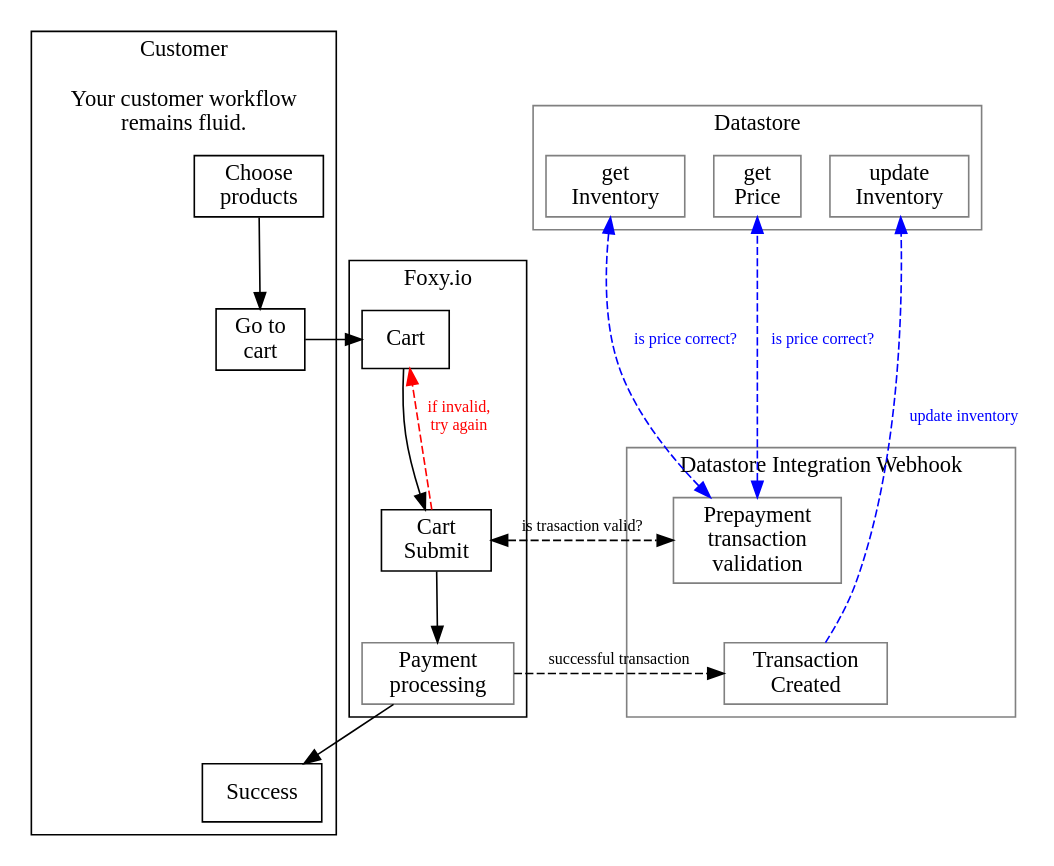
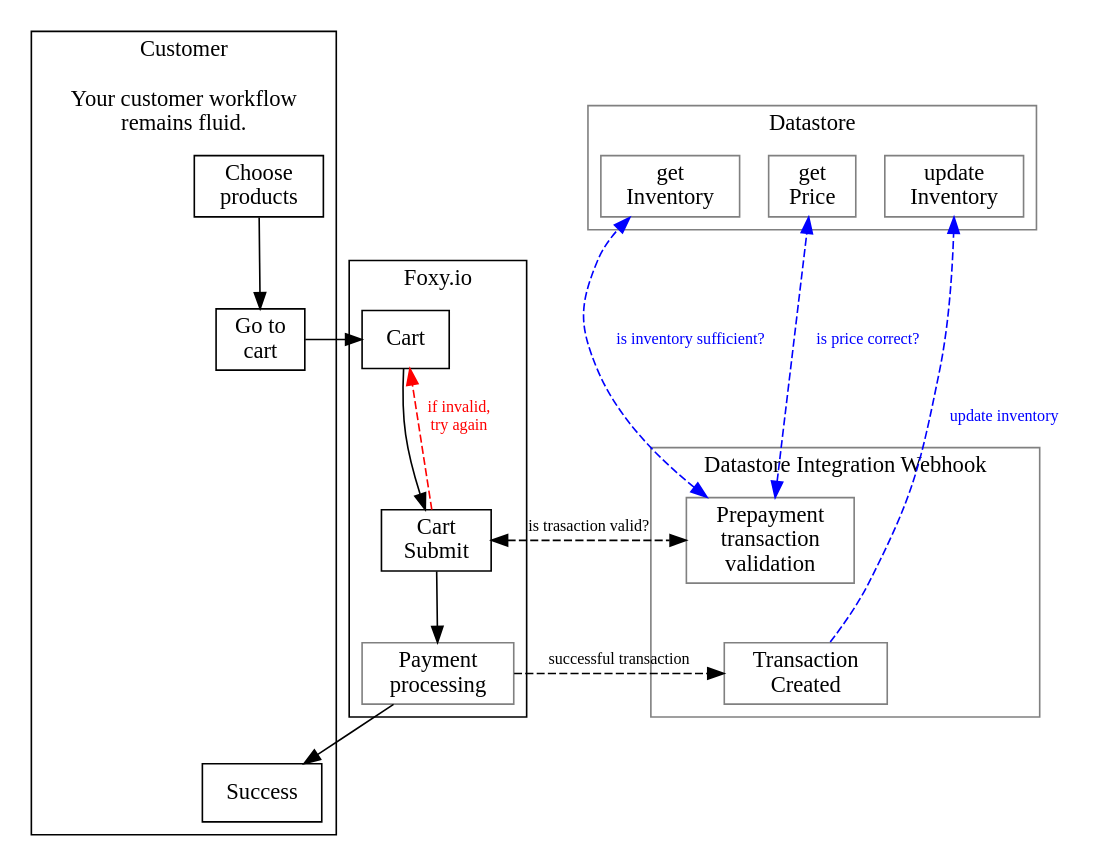
Before and after one commit to Foxy/foxy-node-netlify-functions: the diagram in doc/datastore-integration.dot, drawn with Graphviz.

Commit message:
docs(flowchart): fix label of inventory verification step

```diff
--- a/doc/datastore-integration.dot
+++ b/doc/datastore-integration.dot
@@ -1,74 +1,74 @@
 digraph G {
   node [shape = box];
   newrank=true;
   rankdir=TB;
   
 
   subgraph clusterCustomer {
     label="Customer\n\nYour customer workflow\nremains fluid.";
     chooseProduct[label="Choose\nproducts"];
     goToCart[label="Go to\ncart"];
     success[label="Success"];
     goToCart->success[style=invis];
   }
 
   subgraph clusterFoxy {
     label="Foxy.io";
     cart[label="Cart"];
     cartSubmit[label="Cart\nSubmit"];
     cartProcess[label="Payment\nprocessing", color="gray"];
   }
 
   subgraph clusterWebhook {
     label="Datastore Integration Webhook";
     color="gray";
     prepaymentValidation[label="Prepayment\ntransaction\nvalidation", color="gray"];
     transactionCreated[label="Transaction\nCreated", color="gray"];
 
     prepaymentValidation->transactionCreated[style=invis];
   }
 
   subgraph clusterDatastore {
     label="Datastore";
     color="gray";
     getInventory[label="get\nInventory", color="gray"];
     getPrice[label="get\nPrice", color="gray"];
     updateInventory[label="update\nInventory", color="gray"];
   }
 
 chooseProduct->goToCart;
 
 goToCart->cart;
 
 cart->cartSubmit;
 
 cartSubmit->prepaymentValidation[dir="both"; label="is trasaction valid?"; style="dashed", fontsize="10px"];
 
 cartSubmit->cartProcess;
 
 cartProcess->transactionCreated[label="successful transaction"; style="dashed", fontsize="10px"];
 
 prepaymentValidation->getPrice[dir="both"; label="is price correct?", style="dashed", color=blue; fontcolor=blue; fontsize="10px"];
-prepaymentValidation->getInventory[dir="both"; label="is price correct?", style="dashed", color=blue; fontcolor=blue; fontsize="10px"];
+prepaymentValidation->getInventory[dir="both"; label="is inventory sufficient?", style="dashed", color=blue; fontcolor=blue; fontsize="10px"];
 transactionCreated->updateInventory[label="update inventory", style="dashed", color=blue; fontcolor=blue; fontsize="10px"];
 
 cartProcess->success;
 cartSubmit->cart[label="if invalid,\ntry again", fontsize="10px", color="red", style="dashed", fontcolor=red];
 
 {rank=same;
   goToCart; cart;
 }
 
 {rank=same;
   cartSubmit; prepaymentValidation;
 }
 
 {rank=same;
   cartProcess; transactionCreated;
 }
 
 {rank=same;
 chooseProduct; getInventory; updateInventory; getPrice
 }
 
 }
```
